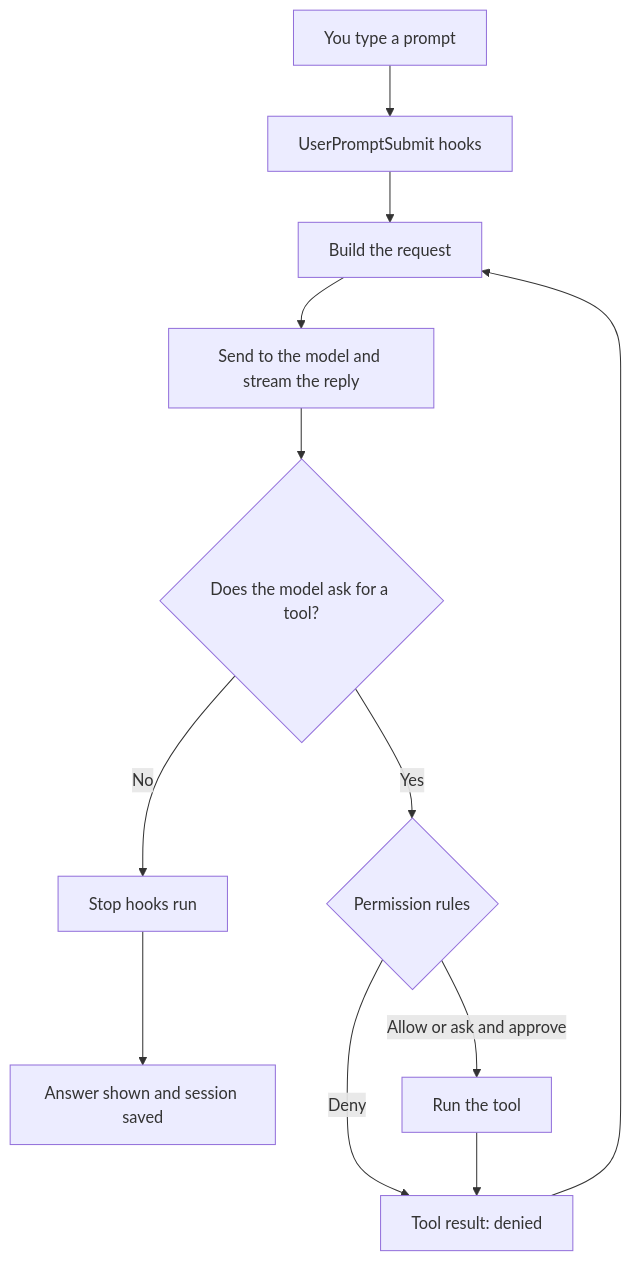
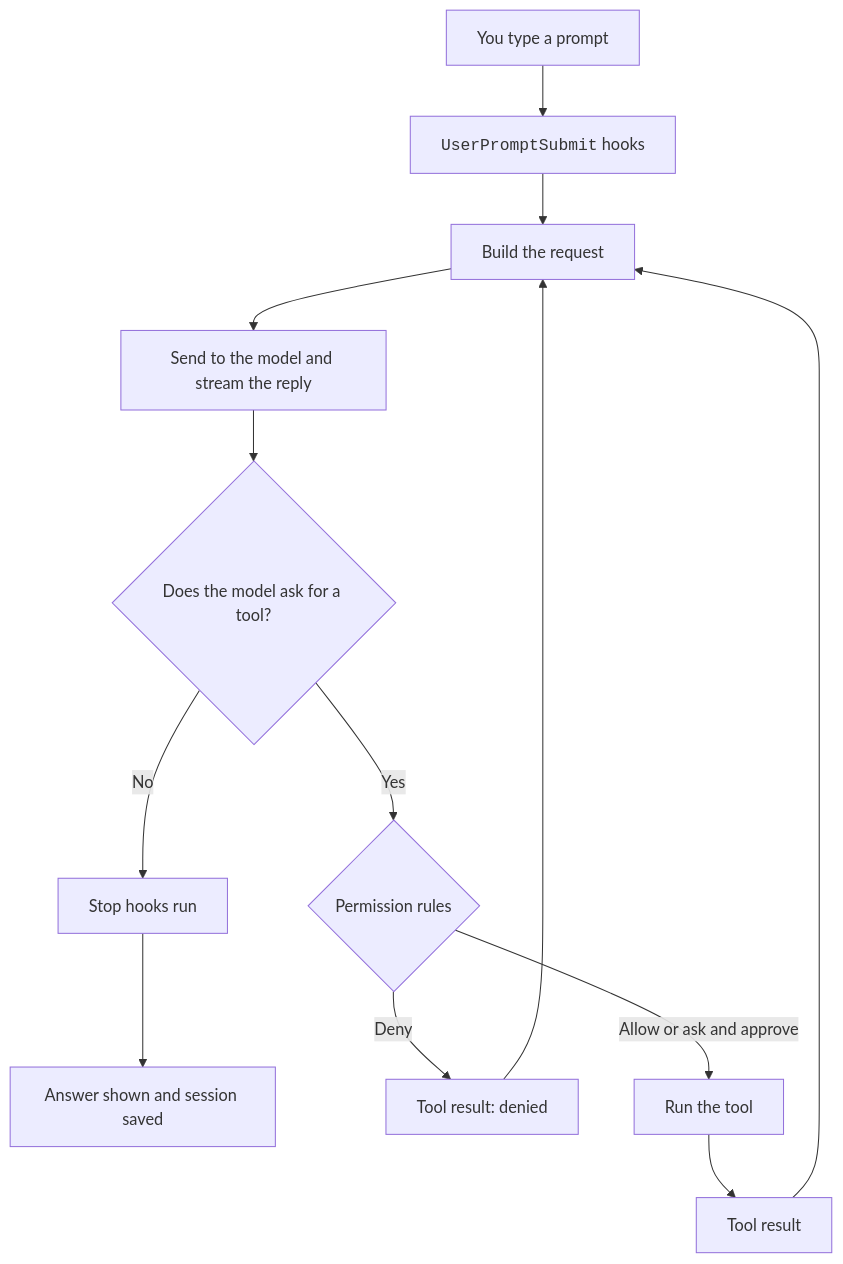
The diagram in docs/index.mdx (xsyetopz/claude-code-docs), drawn with Mermaid before and after one commit. The commit also changed other lines of this file and 164 other files, not shown here.

First line of the commit message:
docs: linked citations, yes/no markers, file trees, code in diagrams

````diff
--- a/docs/index.mdx
+++ b/docs/index.mdx
@@ -33,14 +33,15 @@
 ```mermaid
 flowchart TD
-  Prompt[You type a prompt] --> Hooks1[UserPromptSubmit hooks]
+  Prompt[You type a prompt] --> Hooks1["<code>UserPromptSubmit</code> hooks"]
   Hooks1 --> Build[Build the request]
   Build --> Model[Send to the model and stream the reply]
   Model --> Ask{Does the model ask for a tool?}
   Ask -- No --> Stop[Stop hooks run]
   Stop --> Done[Answer shown and session saved]
   Ask -- Yes --> Perm{Permission rules}
-  Perm -- Deny --> Result[Tool result: denied]
+  Perm -- Deny --> Denied[Tool result: denied]
   Perm -- Allow or ask and approve --> Run[Run the tool]
-  Run --> Result
+  Run --> Result[Tool result]
+  Denied --> Build
   Result --> Build
 ```
````
